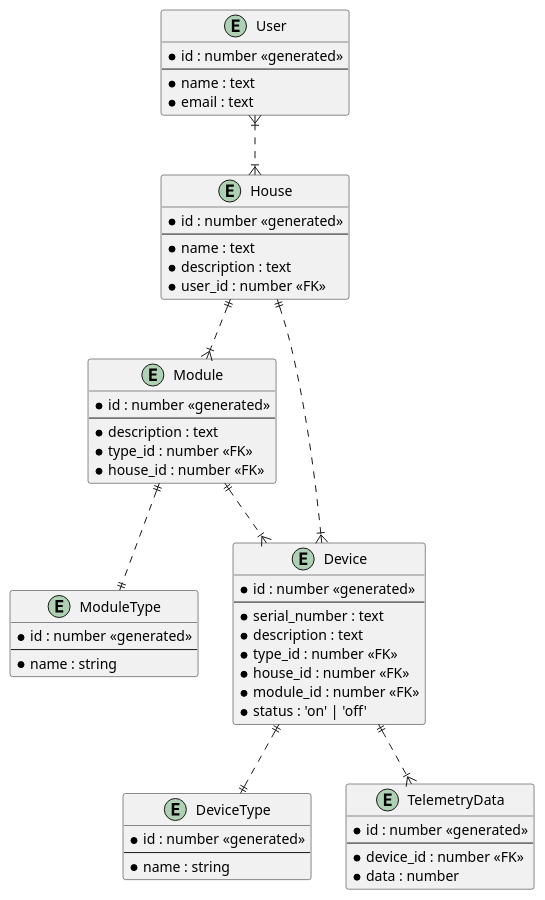
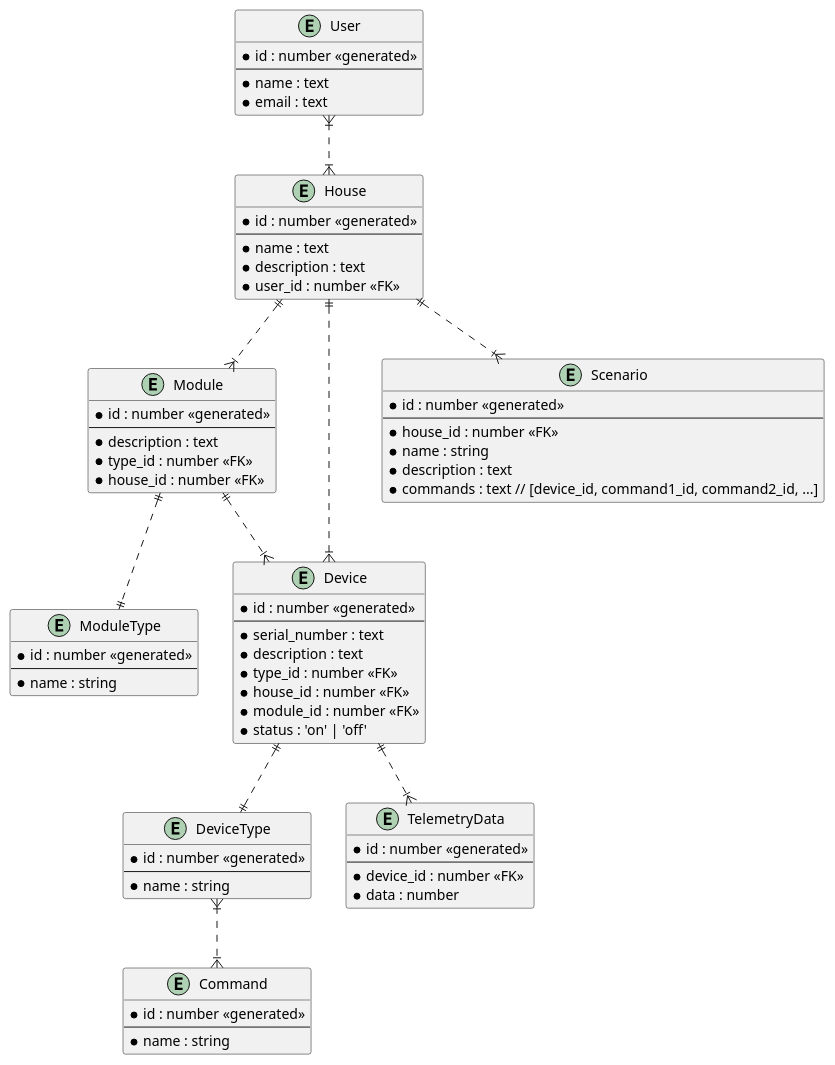
One commit to drivenfw/architecture-sprint-3 changed the diagram in diagrams/ERD.puml. Above: the diagram before and after it, drawn with PlantUML. The commit also changed 1 other file, not shown here.

```diff
--- a/diagrams/ERD.puml
+++ b/diagrams/ERD.puml
@@ -1,63 +1,80 @@
 @startuml
 
 entity "User" as e01 {
   *id : number <<generated>>
   --
   *name : text
   *email : text
 }
 
 entity "House" as e02 {
   *id : number <<generated>>
   --
   *name : text
   *description : text
   *user_id : number <<FK>>
 }
 
 entity "ModuleType" as e03 {
   *id : number <<generated>>
   --
   *name : string
 }
 
 entity "Module" as e04 {
   *id : number <<generated>>
   --
   *description : text
   *type_id : number <<FK>>
   *house_id : number <<FK>>
 }
 
 entity "DeviceType" as e05 {
   *id : number <<generated>>
   --
   *name : string
 }
 
 entity "Device" as e06 {
   *id : number <<generated>>
   --
   *serial_number : text
   *description : text
   *type_id : number <<FK>>
   *house_id : number <<FK>>
   *module_id : number <<FK>>
   *status : 'on' | 'off'
 }
 
 entity "TelemetryData" as e07 {
   *id : number <<generated>>
   --
   *device_id : number <<FK>>
   *data : number
 }
 
+entity "Scenario" as e08 {
+  *id : number <<generated>>
+  --
+  *house_id : number <<FK>>
+  *name : string
+  *description : text
+  *commands : text // [device_id, command1_id, command2_id, ...]
+}
+
+entity "Command" as e09 {
+  *id : number <<generated>>
+  --
+  *name : string
+}
+
 e01 }|..|{ e02
 e02 ||..|{ e04
 e02 ||..|{ e06
 e04 ||..|| e03
 e04 ||..|{ e06
 e06 ||..|| e05
 e06 ||..|{ e07
+e05 }|..|{ e09
+e02 ||..|{ e08
 @enduml
```
